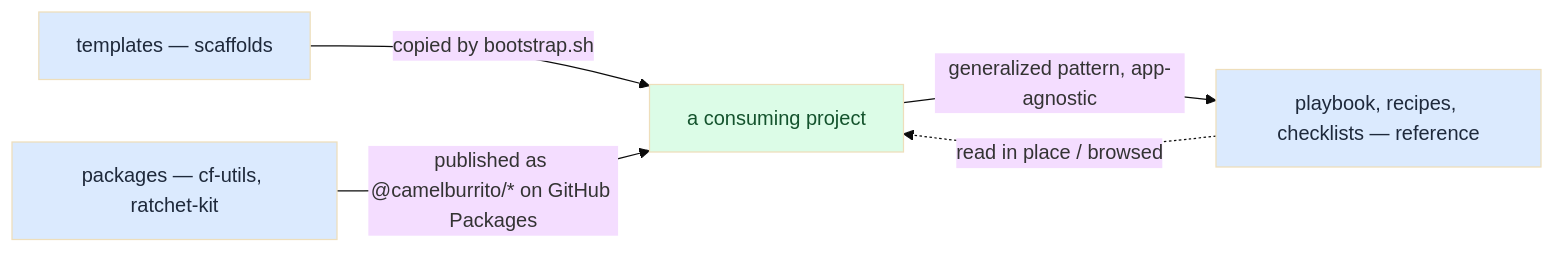
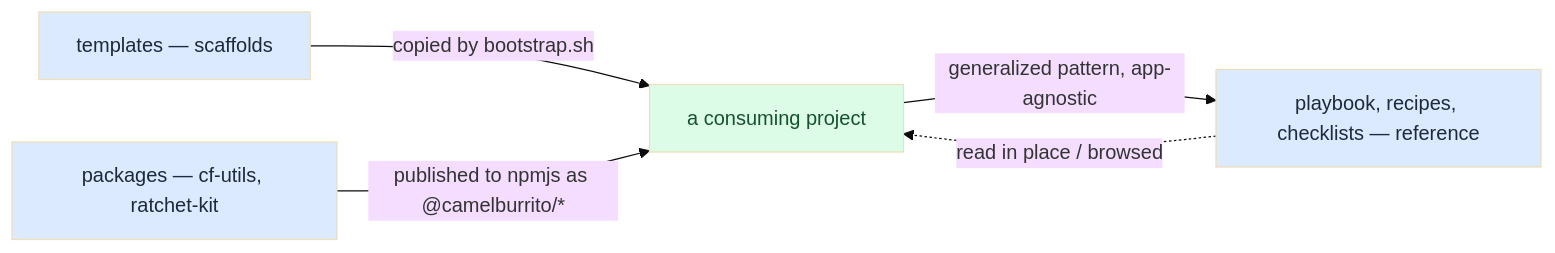
One commit to camelburrito/keel changed the first of 3 diagrams in docs/architecture/baseline-and-upstreaming.md. Above: the diagram before and after it, drawn with Mermaid (base theme). The commit also changed other lines of this file and 8 other files, not shown here.

````diff
--- a/docs/architecture/baseline-and-upstreaming.md
+++ b/docs/architecture/baseline-and-upstreaming.md
@@ -8,15 +8,15 @@
 ```mermaid
 flowchart LR
     TPL["templates — scaffolds"]
     PKG["packages — cf-utils, ratchet-kit"]
     REF["playbook, recipes, checklists — reference"]
     PROJ["a consuming project"]
     TPL -->|"copied by bootstrap.sh"| PROJ
-    PKG -->|"published as @camelburrito/* on GitHub Packages"| PROJ
+    PKG -->|"published to npmjs as @camelburrito/*"| PROJ
     REF -.->|"read in place / browsed"| PROJ
     PROJ -->|"generalized pattern, app-agnostic"| REF
     classDef src fill:#dbeafe,color:#1e293b
     classDef dst fill:#dcfce7,color:#14532d
     class TPL,PKG,REF src
     class PROJ dst
 ```
````
